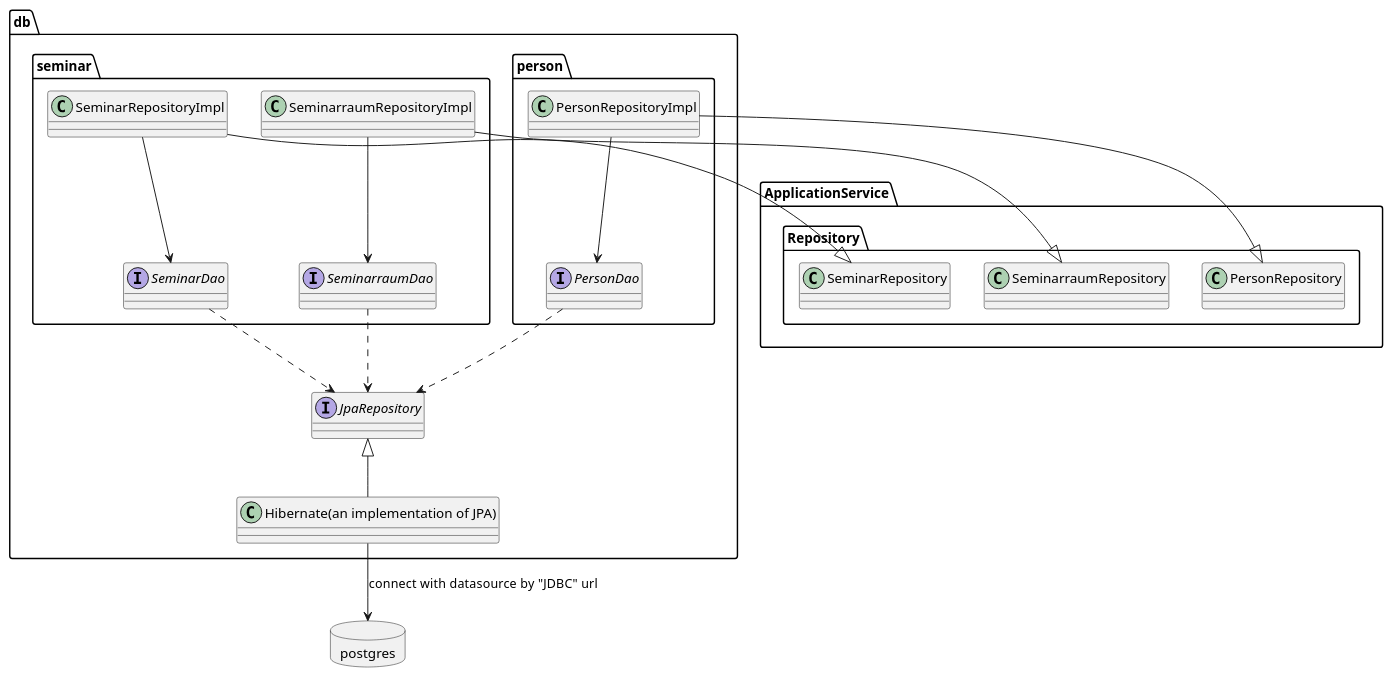
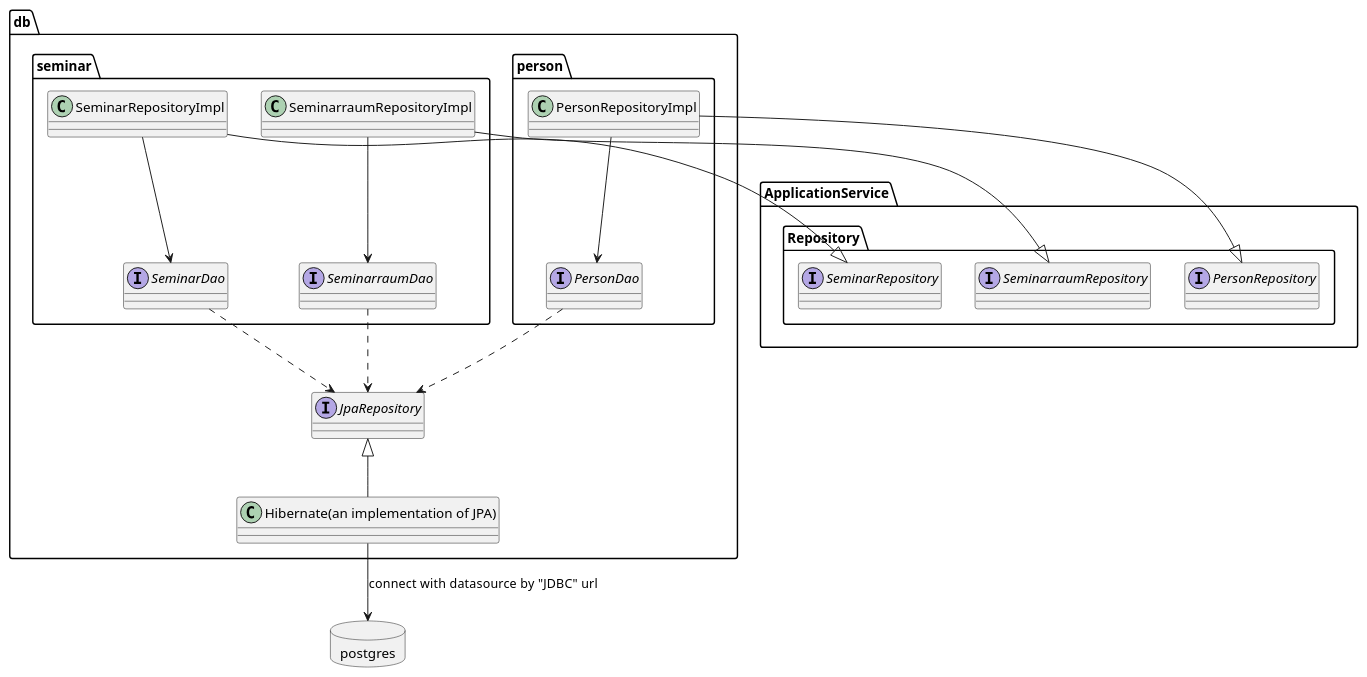
Before and after one commit to Parwand/adesso-seminar-management: the diagram in documentation/uml/db.puml, drawn with PlantUML.

Commit message:
refactored uml

```diff
--- a/documentation/uml/db.puml
+++ b/documentation/uml/db.puml
@@ -1,54 +1,54 @@
 @startuml
 package "ApplicationService" {
     package "Repository" {
-        class "PersonRepository"
-        class "SeminarRepository"
-        class "SeminarraumRepository"
+        interface "PersonRepository"
+        interface "SeminarRepository"
+        interface "SeminarraumRepository"
     }
 }
 package "db" {
     package "person" {
         class "PersonRepositoryImpl" {
         }
         interface "PersonDao" {
         }
     }
 
     package "seminar" {
         class "SeminarRepositoryImpl" {
         }
         interface "SeminarDao" {
         }
 
         class "SeminarraumRepositoryImpl" {
         }
         interface "SeminarraumDao" {
         }
     }
 
     interface "JpaRepository" {
     }
     class "Hibernate(an implementation of JPA)" {
     }
 }
 database "postgres" {
 }
 'Person
 "PersonRepositoryImpl" --|> "PersonRepository"
 "PersonRepositoryImpl" --> "PersonDao"
 "PersonDao" ..>"JpaRepository"
 
 'Seminar
 "SeminarRepositoryImpl" --|> "SeminarRepository"
 "SeminarRepositoryImpl" --> "SeminarDao"
 "SeminarDao" ..> "JpaRepository"
 
 'Seminarraum
 "SeminarraumRepositoryImpl" --|> "SeminarraumRepository"
 "SeminarraumRepositoryImpl" --> "SeminarraumDao"
 "SeminarraumDao" ..> "JpaRepository"
 
 'Hibernate
 "JpaRepository" <|-- "Hibernate(an implementation of JPA)"
 "Hibernate(an implementation of JPA)" --> postgres: connect with datasource  by  "JDBC" url
 @enduml
```
